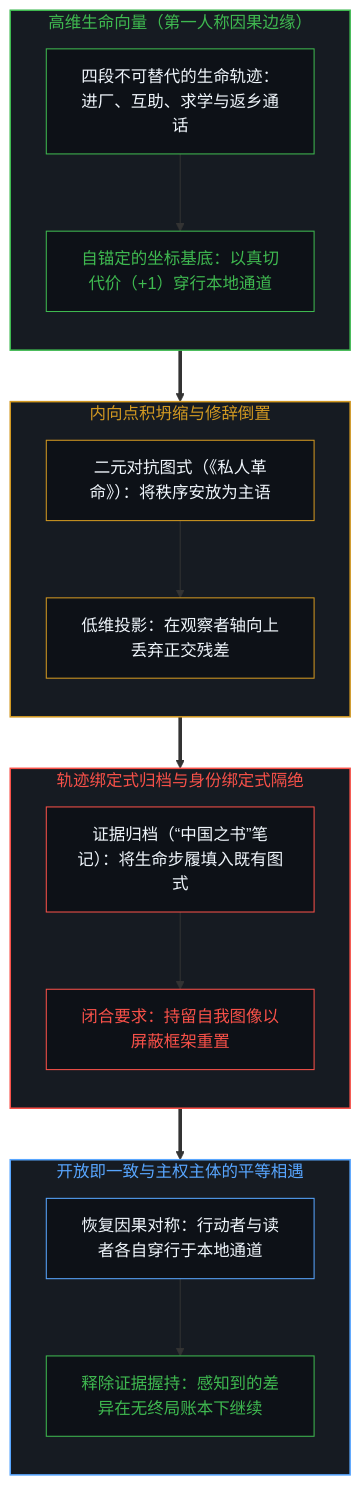
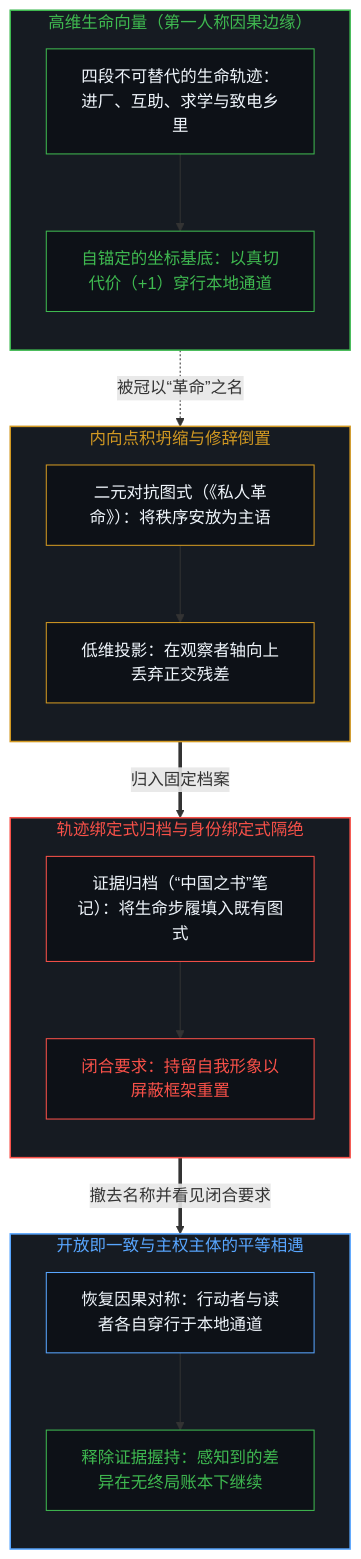
One commit to powerpig99/not-a-toe changed the first of 2 diagrams in content/posts/the-name-revolution-files-a-life-as-evidence.md. Above: the diagram before and after it, drawn with Mermaid. The commit also changed other lines of this file and 3 other files, not shown here.

````diff
--- a/content/posts/the-name-revolution-files-a-life-as-evidence.md
+++ b/content/posts/the-name-revolution-files-a-life-as-evidence.md
@@ -17,34 +17,34 @@
 ```mermaid
 flowchart TD
     subgraph S_LivingAgents ["高维生命向量（第一人称因果边缘）"]
         direction TB
-        AE1["四段不可替代的生命轨迹：进厂、互助、求学与返乡通话"] --> AE2["自锚定的坐标基底：以真切代价（+1）穿行本地通道"]
+        AE1["四段不可替代的生命轨迹：进厂、互助、求学与致电乡里"] --> AE2["自锚定的坐标基底：以真切代价（+1）穿行本地通道"]
     end
     subgraph S_RevolutionFraming ["内向点积坍缩与修辞倒置"]
         direction TB
         BE1["二元对抗图式（《私人革命》）：将秩序安放为主语"] --> BE2["低维投影：在观察者轴向上丢弃正交残差"]
     end
     subgraph S_ReaderArchive ["轨迹绑定式归档与身份绑定式隔绝"]
         direction TB
-        CE1["证据归档（“中国之书”笔记）：将生命步履填入既有图式"] --> CE2["闭合要求：持留自我图像以屏蔽框架重置"]
+        CE1["证据归档（“中国之书”笔记）：将生命步履填入既有图式"] --> CE2["闭合要求：持留自我形象以屏蔽框架重置"]
     end
     subgraph S_SovereignEncounter ["开放即一致与主权主体的平等相遇"]
         direction TB
         DE1["恢复因果对称：行动者与读者各自穿行于本地通道"] --> DE2["释除证据握持：感知到的差异在无终局账本下继续"]
     end
-    AE2 ==> BE1
-    BE2 ==> CE1
-    CE2 ==> DE1
+    AE2 -.->|"被冠以“革命”之名"| BE1
+    BE2 ==>|"归入固定档案"| CE1
+    CE2 ==>|"撤去名称并看见闭合要求"| DE1
     style S_LivingAgents fill:#161b22,stroke:#3fb950,stroke-width:1.5px,color:#3fb950
     style S_RevolutionFraming fill:#161b22,stroke:#d29922,stroke-width:1.5px,color:#d29922
     style S_ReaderArchive fill:#161b22,stroke:#f85149,stroke-width:1.5px,color:#f85149
     style S_SovereignEncounter fill:#161b22,stroke:#58a6ff,stroke-width:1.5px,color:#58a6ff
     style AE1 fill:#0d1117,stroke:#3fb950,stroke-width:1px,color:#f0f6fc
     style AE2 fill:#0d1117,stroke:#3fb950,stroke-width:1px,color:#3fb950
     style BE1 fill:#0d1117,stroke:#d29922,stroke-width:1px,color:#f0f6fc
     style BE2 fill:#0d1117,stroke:#d29922,stroke-width:1px,color:#f0f6fc
     style CE1 fill:#0d1117,stroke:#f85149,stroke-width:1px,color:#f0f6fc
     style CE2 fill:#0d1117,stroke:#f85149,stroke-width:1px,color:#f85149
     style DE1 fill:#0d1117,stroke:#58a6ff,stroke-width:1px,color:#f0f6fc
     style DE2 fill:#0d1117,stroke:#3fb950,stroke-width:1px,color:#3fb950
 ```
````
